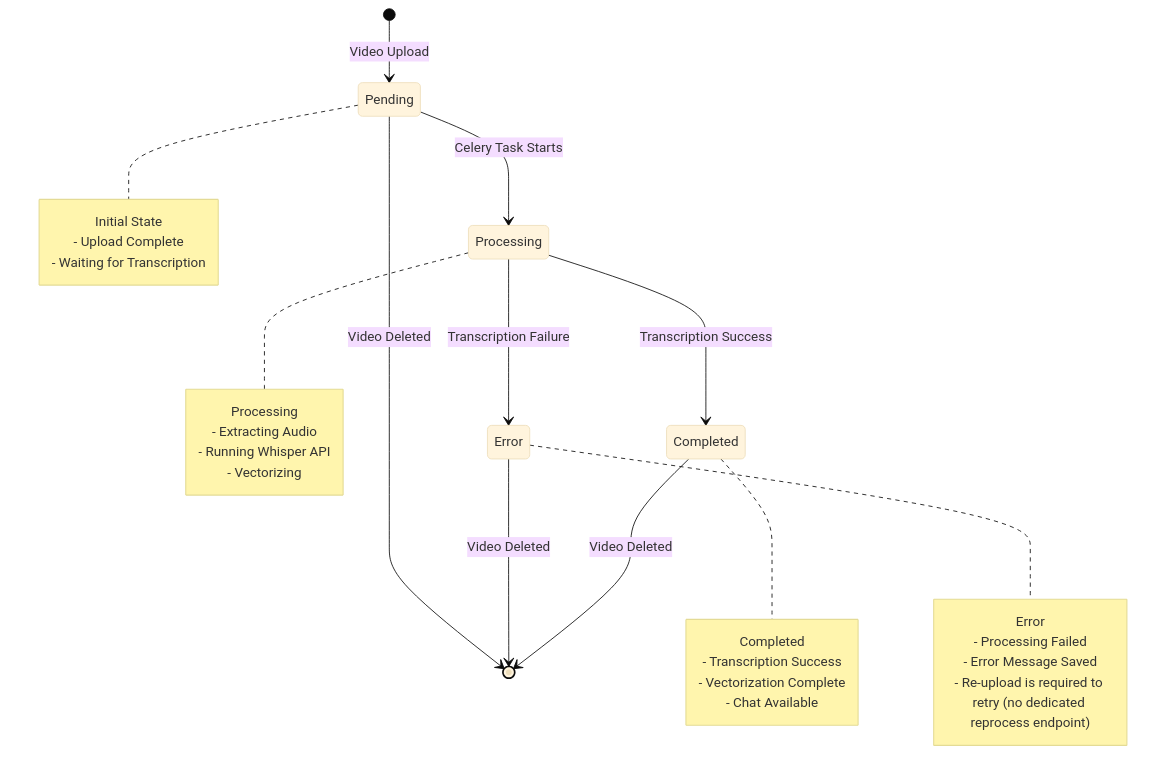
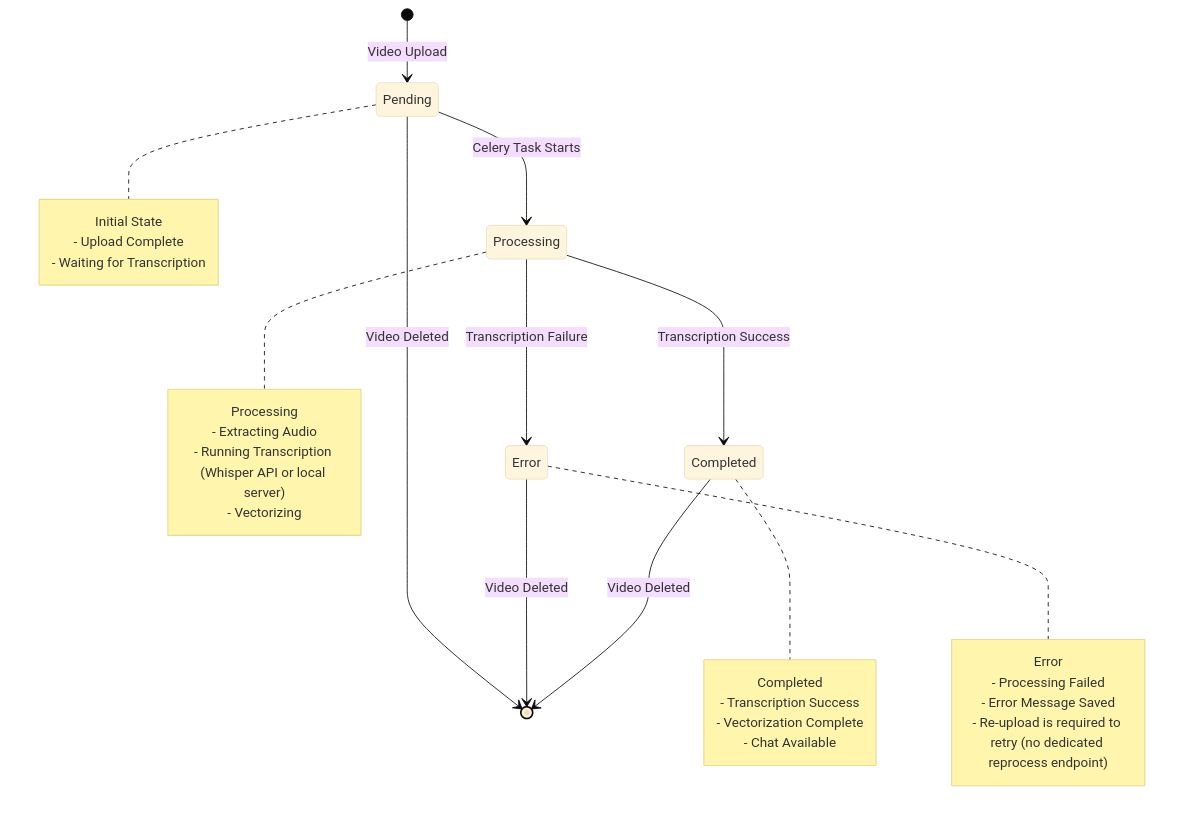
The first of 5 diagrams in docs/design/state-diagram.md (yukiharada1228/videoq), drawn with Mermaid (base theme) before and after one commit. The commit also changed 11 other files, not shown here.

````diff
--- a/docs/design/state-diagram.md
+++ b/docs/design/state-diagram.md
@@ -9,39 +9,39 @@
 ```mermaid
 stateDiagram-v2
     [*] --> Pending: Video Upload
     
     Pending --> Processing: Celery Task Starts
     Processing --> Completed: Transcription Success
     Processing --> Error: Transcription Failure
     
     Completed --> [*]: Video Deleted
     Error --> [*]: Video Deleted
     Pending --> [*]: Video Deleted
     
     note right of Pending
         Initial State
         - Upload Complete
         - Waiting for Transcription
     end note
     
     note right of Processing
         Processing
         - Extracting Audio
-        - Running Whisper API
+        - Running Transcription (Whisper API or local server)
         - Vectorizing
     end note
     
     note right of Completed
         Completed
         - Transcription Success
         - Vectorization Complete
         - Chat Available
     end note
     
     note right of Error
         Error
         - Processing Failed
         - Error Message Saved
         - Re-upload is required to retry (no dedicated reprocess endpoint)
     end note
 ```
````
